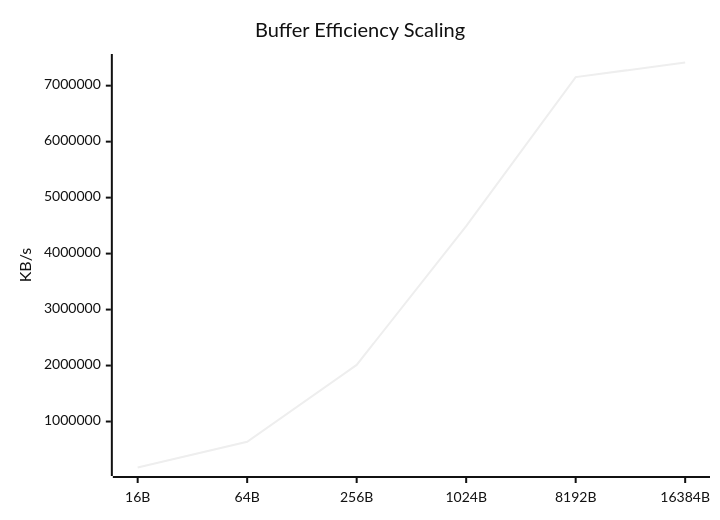
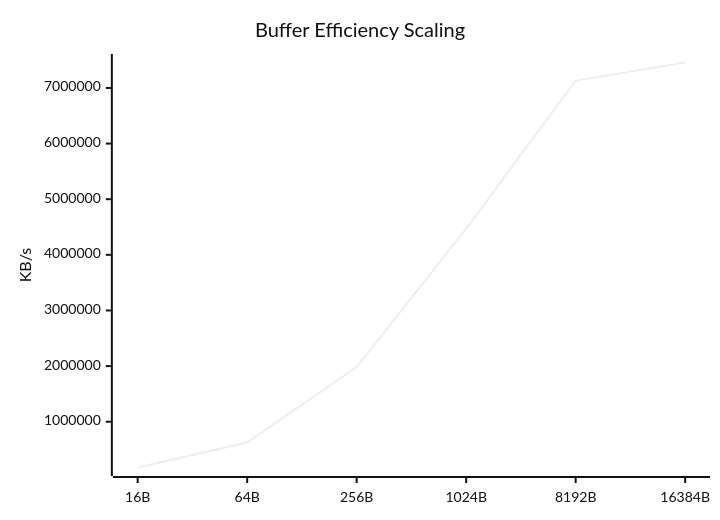
Before and after one commit to taha2samy/openssl_fips: the seventh of 9 diagrams in docs/Comparison_Report.md, drawn with Mermaid (neutral theme). The commit also changed other lines of this file and 2 other files, not shown here.

````diff
--- a/docs/Comparison_Report.md
+++ b/docs/Comparison_Report.md
@@ -110,7 +110,7 @@
 ```mermaid
 xychart-beta
     title "Buffer Efficiency Scaling"
     x-axis [16B, 64B, 256B, 1024B, 8192B, 16384B]
     y-axis "KB/s"
-    line [178828.2, 637283.33, 2010941.26, 4492602.16, 7152666.21, 7413805.88]
+    line [177045.3, 625981.09, 1983679.28, 4469940.84, 7132549.94, 7457375.85]
 ```
````
